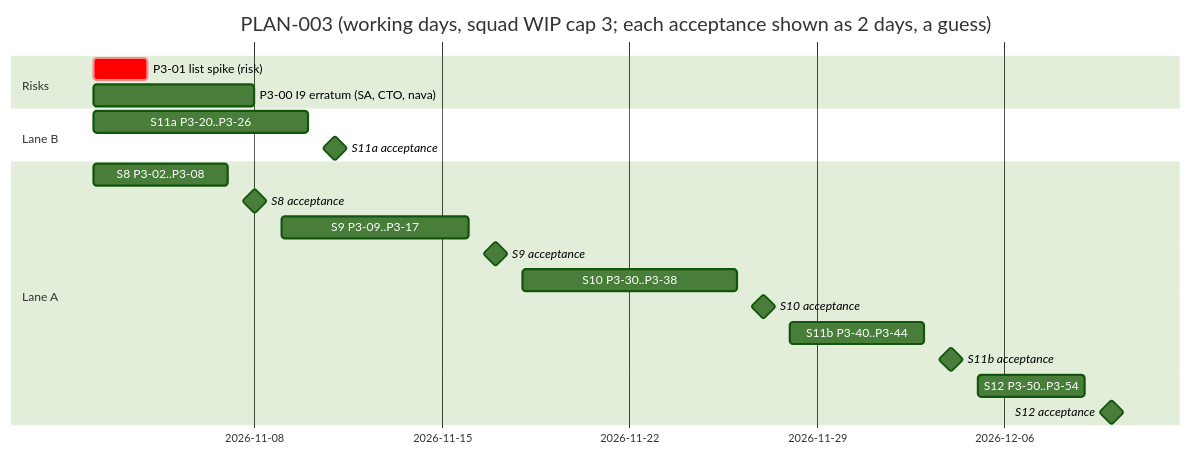
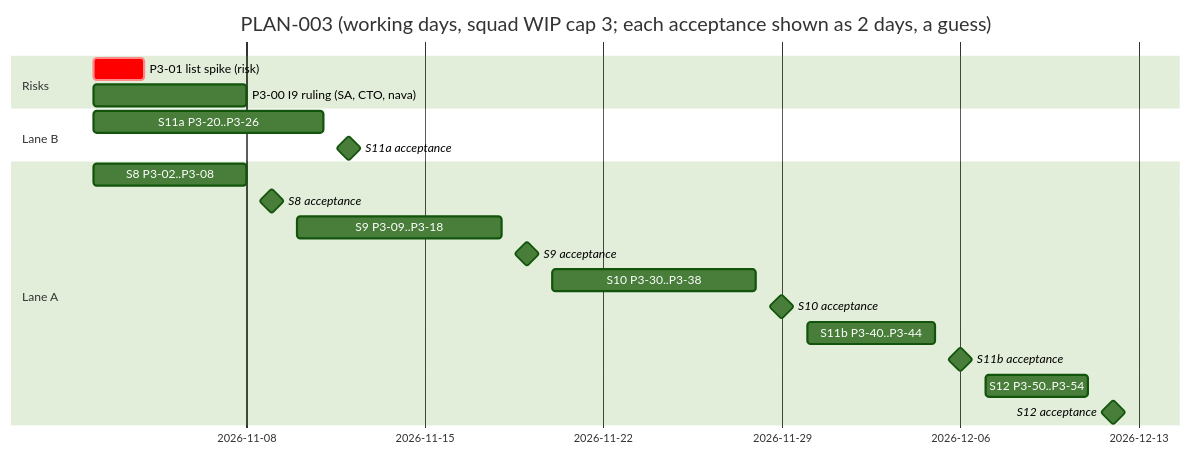
Before and after one commit to Navaladi2019/TicketingSystem: the second of 2 diagrams in docs/delivery/plan-records-path.md, drawn with Mermaid (forest theme). The commit also changed other lines of this file and 3 other files, not shown here.

````diff
--- a/docs/delivery/plan-records-path.md
+++ b/docs/delivery/plan-records-path.md
@@ -233,22 +288,22 @@
 ```mermaid
 gantt
   dateFormat YYYY-MM-DD
   title PLAN-003 (working days, squad WIP cap 3; each acceptance shown as 2 days, a guess)
   section Risks
   P3-01 list spike (risk)          :crit, z1, 2026-11-02, 2d
-  P3-00 I9 erratum (SA, CTO, nava) :z2, 2026-11-02, 6d
+  P3-00 I9 ruling (SA, CTO, nava)  :z2, 2026-11-02, 6d
   section Lane B
-  S11a P3-20..P3-26                :b1, 2026-11-02, 8d
+  S11a P3-20..P3-26                :b1, 2026-11-02, 9d
   S11a acceptance                  :milestone, b2, after b1, 2d
   section Lane A
-  S8 P3-02..P3-08                  :a1, 2026-11-02, 5d
+  S8 P3-02..P3-08                  :a1, 2026-11-02, 6d
   S8 acceptance                    :milestone, a2, after a1, 2d
-  S9 P3-09..P3-17                  :a3, after a2, 7d
+  S9 P3-09..P3-18                  :a3, after a2, 8d
   S9 acceptance                    :milestone, a4, after a3, 2d
   S10 P3-30..P3-38                 :a5, after a4, 8d
   S10 acceptance                   :milestone, a6, after a5, 2d
   S11b P3-40..P3-44                :a7, after a6, 5d
   S11b acceptance                  :milestone, a8, after a7, 2d
   S12 P3-50..P3-54                 :a9, after a8, 4d
   S12 acceptance                   :milestone, a10, after a9, 2d
 ```
````
